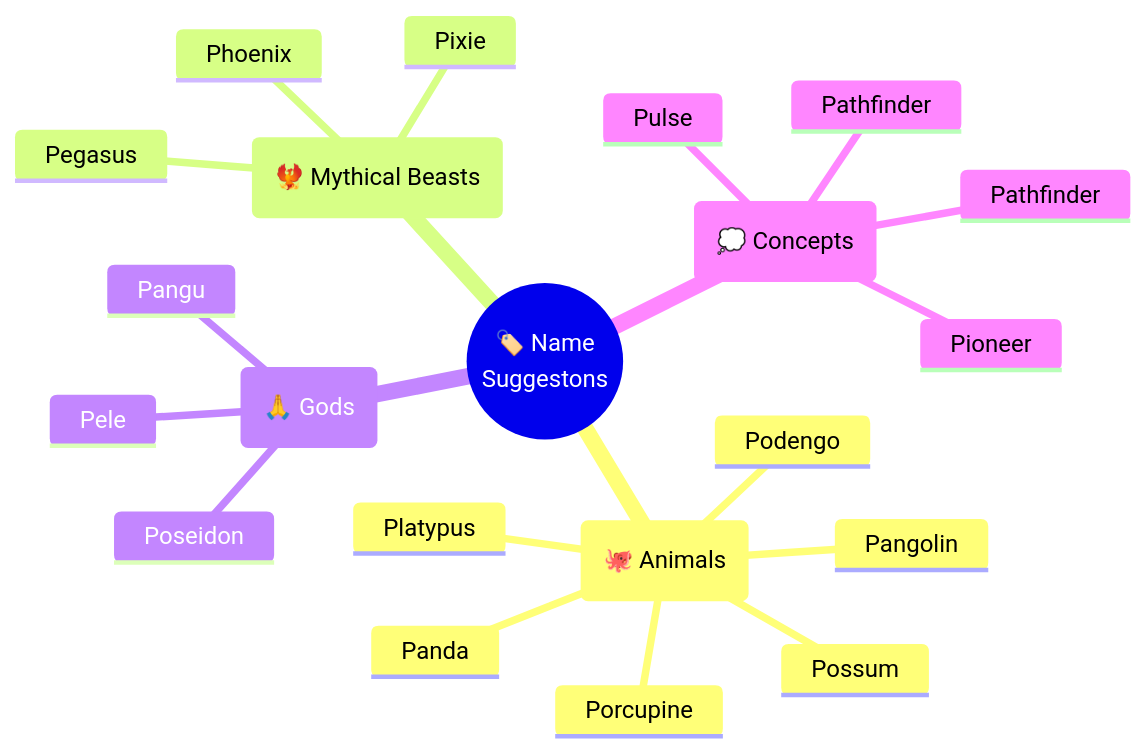
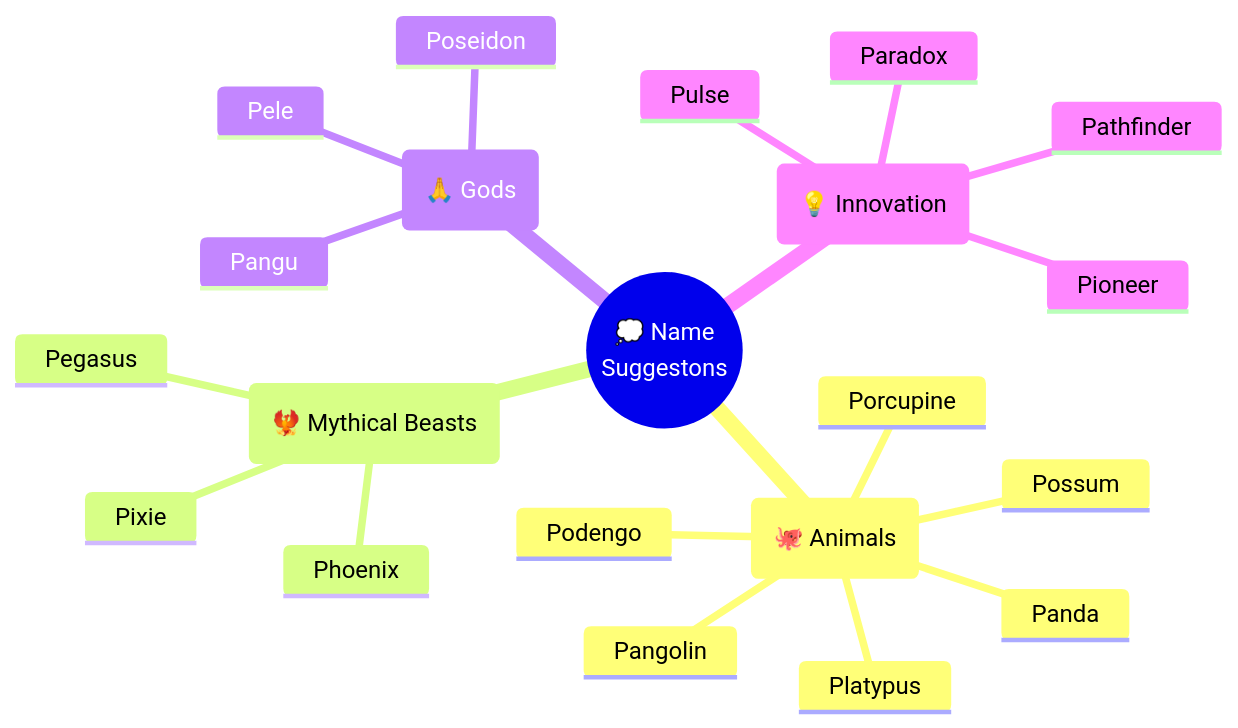
Before and after one commit to Simrayz/whats-in-a-name: the diagram in slides.md, drawn with Mermaid. The commit also changed other lines of this file and 5 other files, not shown here.

````diff
--- a/slides.md
+++ b/slides.md
@@ -246,24 +239,24 @@
 ```mermaid
 mindmap
-  id((🏷️ Name <br /> Suggestons))
+  id((💭 Name <br /> Suggestons))
     (🐙 Animals)
       Podengo
       Platypus
       Porcupine
       Pangolin
       Panda
       Possum
     (🐦‍🔥 Mythical Beasts)
       Phoenix
       Pegasus
       Pixie
     (🙏 Gods)
       Poseidon
       Pele
       Pangu
-    (💭 Concepts)
+    (💡 Innovation)
       Pioneer
       Pathfinder
       Pulse
-      Pathfinder
+      Paradox
 ```
````
